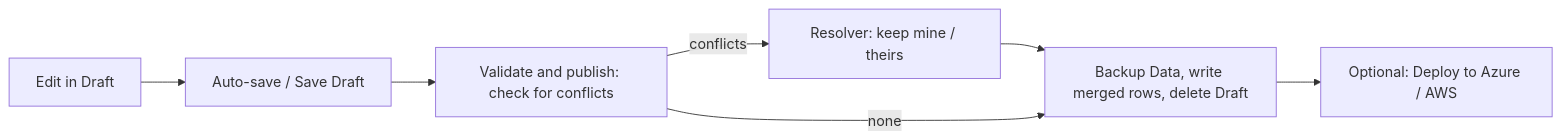
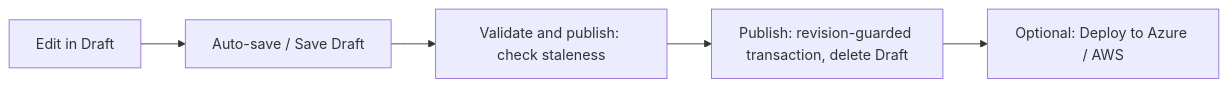
One commit to jibinge0rge/OS-Health-Check changed the second of 2 diagrams in README.md. Above: the diagram before and after it, drawn with Mermaid. The commit also changed other lines of this file and 33 other files, not shown here.

````diff
--- a/README.md
+++ b/README.md
@@ -603,9 +584,7 @@
 ```mermaid
 flowchart LR
   Edit[Edit in Draft] --> Save[Auto-save / Save Draft]
-  Save --> Check[Validate and publish: check for conflicts]
-  Check -->|conflicts| Resolve[Resolver: keep mine / theirs]
-  Resolve --> Publish
-  Check -->|none| Publish[Backup Data, write merged rows, delete Draft]
+  Save --> Check[Validate and publish: check staleness]
+  Check --> Publish[Publish: revision-guarded transaction, delete Draft]
   Publish --> CloudOpt[Optional: Deploy to Azure / AWS]
 ```
````
